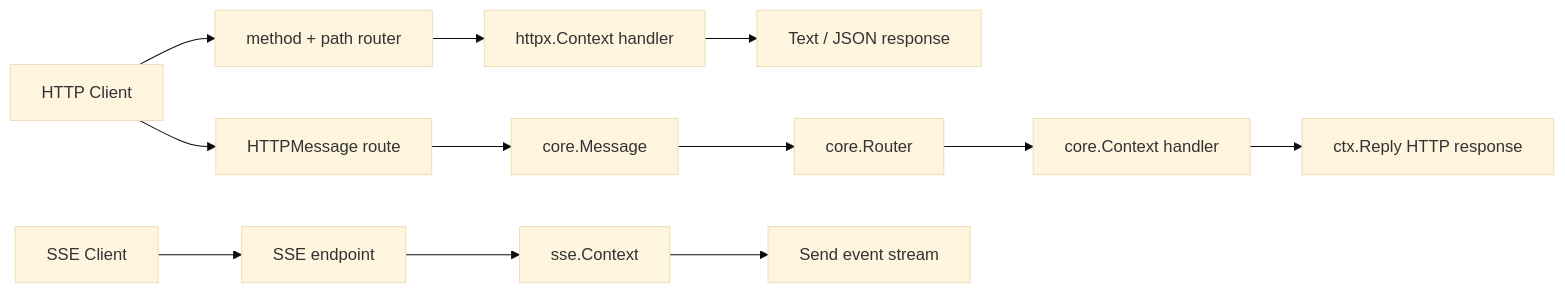
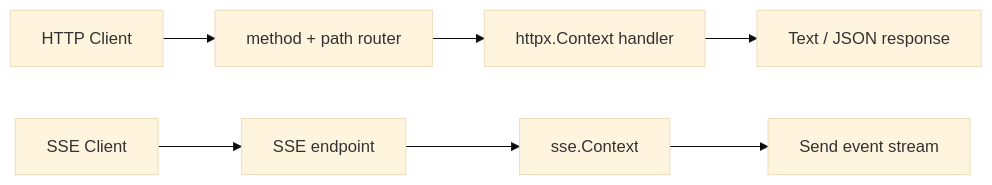
One commit to saramand9/kpro changed the third of 3 diagrams in README.md. Above: the diagram before and after it, drawn with Mermaid (base theme). The commit also changed other lines of this file and 42 other files, not shown here.

````diff
--- a/README.md
+++ b/README.md
@@ -124,16 +134,10 @@
 ```mermaid
 flowchart LR
     HTTPClient[HTTP Client] --> HTTPRouter[method + path router]
     HTTPRouter --> HTTPHandler[httpx.Context handler]
     HTTPHandler --> HTTPResponse[Text / JSON response]
 
-    HTTPClient --> HTTPMessage[HTTPMessage route]
-    HTTPMessage --> CoreMessage[core.Message]
-    CoreMessage --> CoreRouter[core.Router]
-    CoreRouter --> CoreHandler[core.Context handler]
-    CoreHandler --> MessageResponse[ctx.Reply HTTP response]
-
     SSEClient[SSE Client] --> SSEEndpoint[SSE endpoint]
     SSEEndpoint --> SSEContext[sse.Context]
     SSEContext --> Events[Send event stream]
 ```
````
